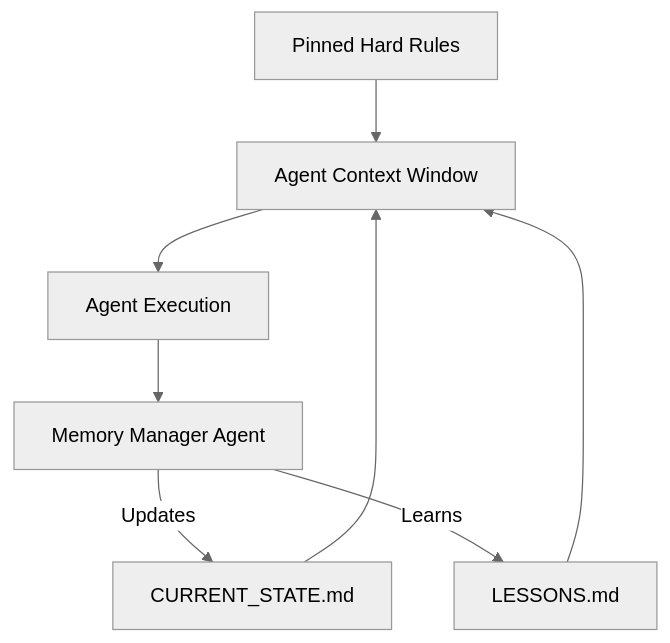
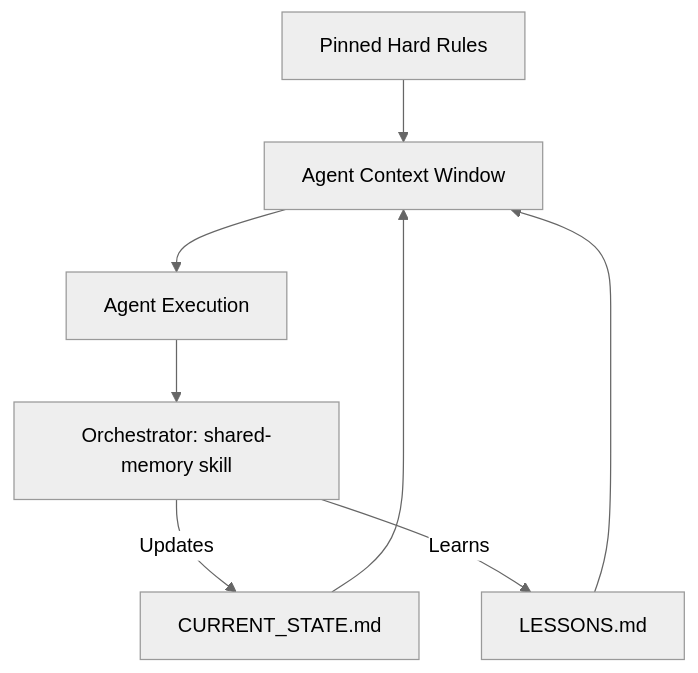
One commit to olitech1010/dev-os changed the fifth of 11 diagrams in templates/docs/ARCHITECTURE.md. Above: the diagram before and after it, drawn with Mermaid (neutral theme). The commit also changed other lines of this file and 198 other files, not shown here.

````diff
--- a/templates/docs/ARCHITECTURE.md
+++ b/templates/docs/ARCHITECTURE.md
@@ -84,11 +89,11 @@
 ```mermaid
 flowchart TD
     PinnedRules[Pinned Hard Rules] --> Context[Agent Context Window]
     CurrentState[CURRENT_STATE.md] --> Context
     Lessons[LESSONS.md] --> Context
     
     Context --> Execution[Agent Execution]
-    Execution --> MemoryManager[Memory Manager Agent]
-    MemoryManager --> |Updates| CurrentState
-    MemoryManager --> |Learns| Lessons
+    Execution --> SharedMemory[Orchestrator: shared-memory skill]
+    SharedMemory --> |Updates| CurrentState
+    SharedMemory --> |Learns| Lessons
 ```
````
